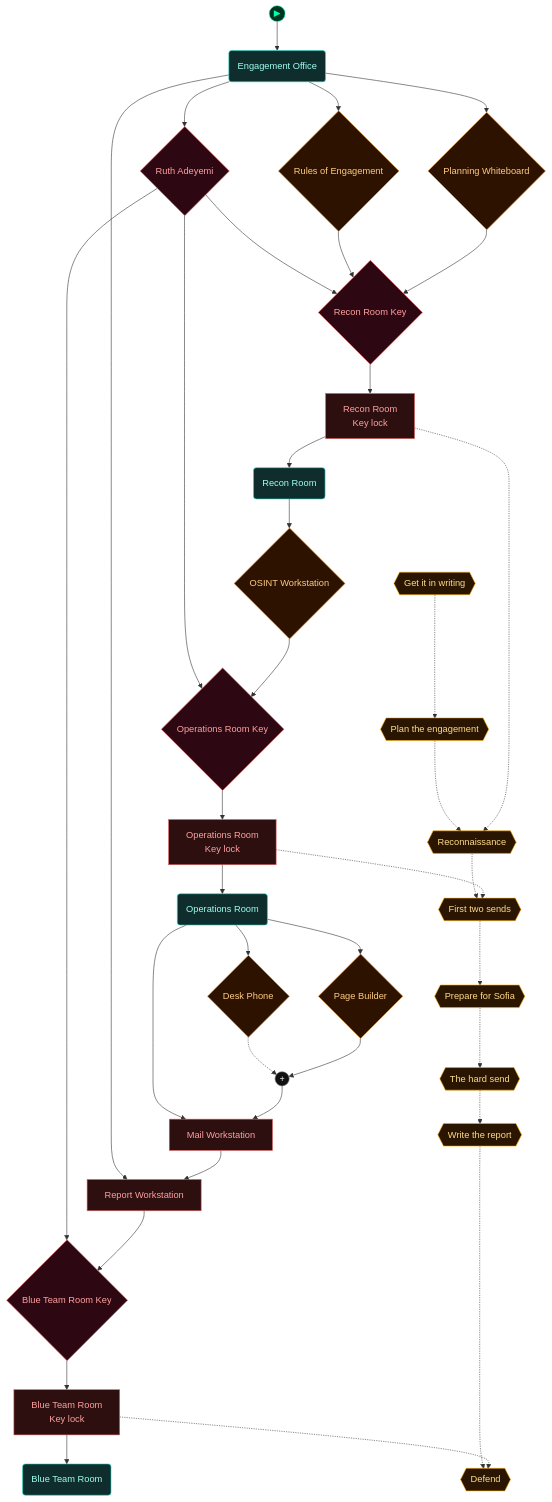
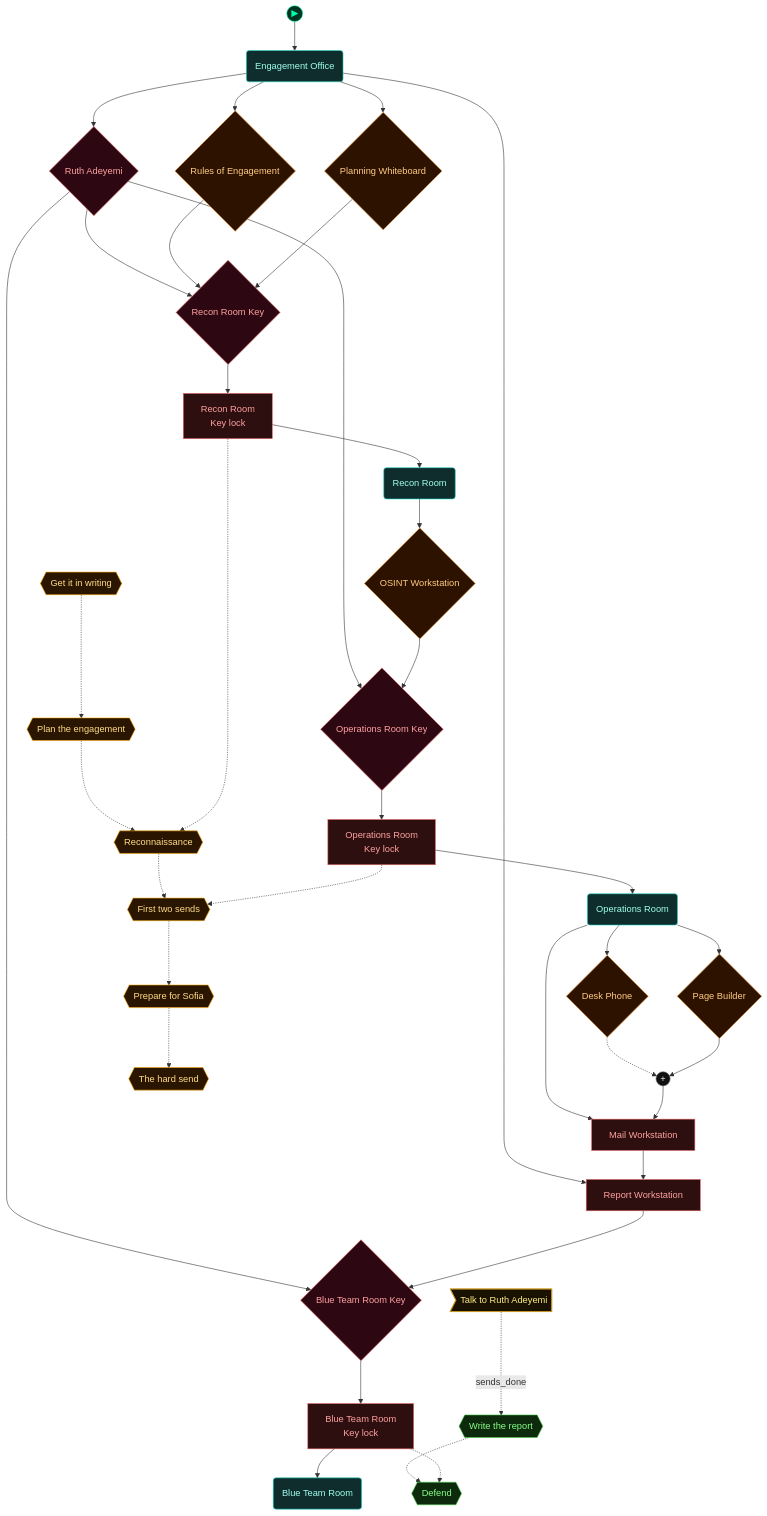
Before and after one commit to cliffe/BreakEscape: the third of 5 diagrams in scenarios/lab_social_engineering/dungeon_graph.md, drawn with Mermaid. The commit also changed other lines of this file and 208 other files, not shown here.

````diff
--- a/scenarios/lab_social_engineering/dungeon_graph.md
+++ b/scenarios/lab_social_engineering/dungeon_graph.md
@@ -217,6 +220,7 @@
   aim_phish_hard{{"The hard send"}}
   aim_report{{"Write the report"}}
   aim_defend{{"Defend"}}
+  story_talk_to_ruth_adeyemi>"Talk to Ruth Adeyemi"]
 
   door_recon_room --> recon_room
   door_operations_room --> operations_room
@@ -248,8 +252,8 @@
   aim_recon -.-> aim_phish_easy
   aim_phish_easy -.-> aim_prepare_hard
   aim_prepare_hard -.-> aim_phish_hard
-  aim_phish_hard -.-> aim_report
   aim_report -.-> aim_defend
+  story_talk_to_ruth_adeyemi -.->|sends_done| aim_report
   door_recon_room -.-> aim_recon
   door_operations_room -.-> aim_phish_easy
   door_blue_team_room -.-> aim_defend
@@ -259,6 +263,8 @@
   class rules_of_engagement,planning_whiteboard,osint_workstation,page_builder,desk_phone item
   class npc_ruth_adeyemi,recon_room_key,operations_room_key,blue_team_room_key key
   class andgate1 gate
-  class aim_authorise,aim_plan,aim_recon,aim_phish_easy,aim_prepare_hard,aim_phish_hard,aim_report,aim_defend critical
+  class aim_authorise,aim_plan,aim_recon,aim_phish_easy,aim_prepare_hard,aim_phish_hard critical
+  class aim_report,aim_defend aim
+  class story_talk_to_ruth_adeyemi action
   class node_start start
 ```
````
